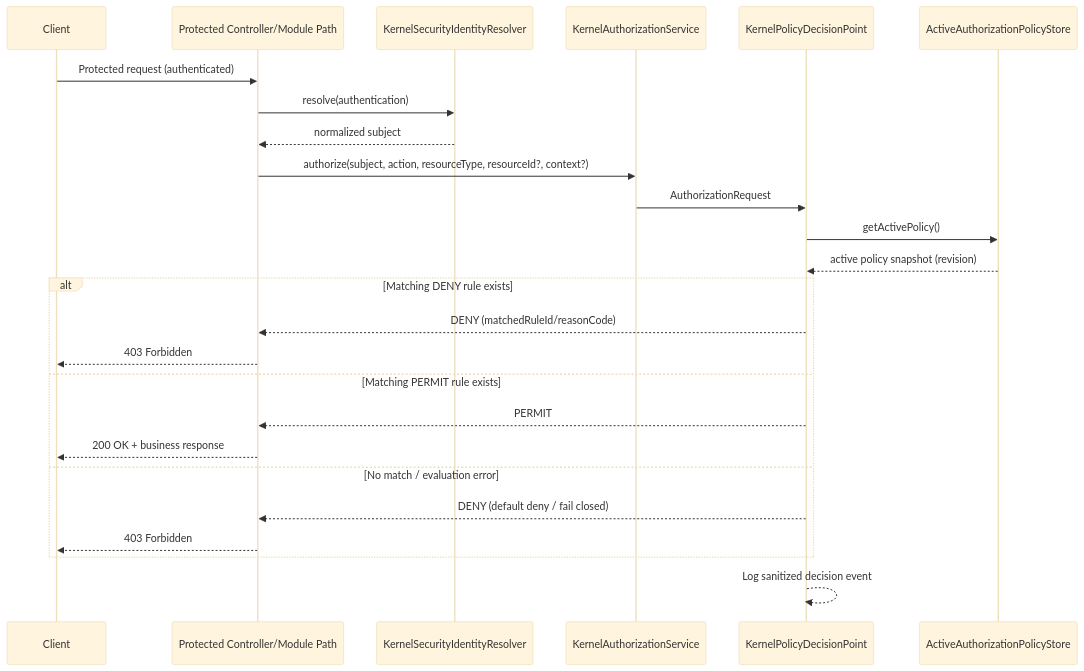
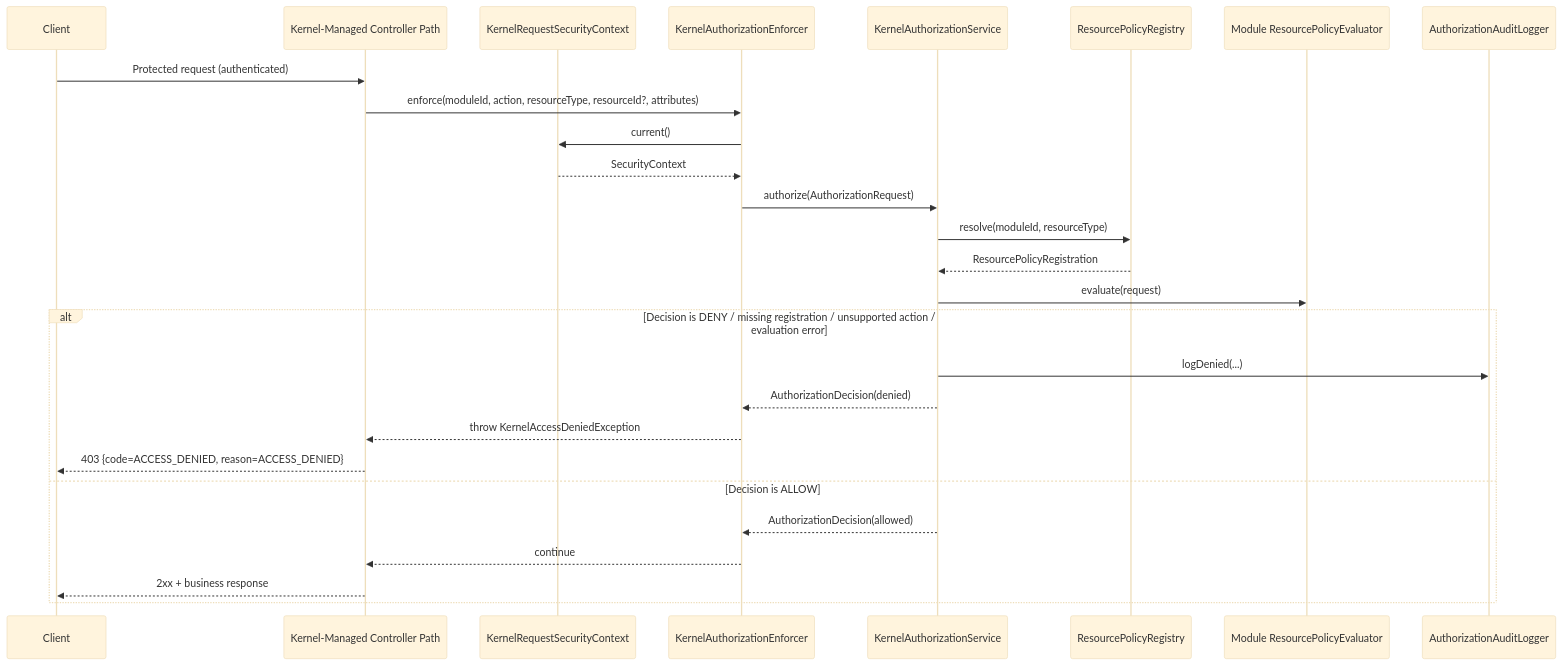
One commit to hniehus/govaryn-io changed the third of 3 diagrams in docs/architecture/06-runtime-view.md. Above: the diagram before and after it, drawn with Mermaid (base theme). The commit also changed other lines of this file and 54 other files, not shown here.

````diff
--- a/docs/architecture/06-runtime-view.md
+++ b/docs/architecture/06-runtime-view.md
@@ -70,28 +70,30 @@
 ```mermaid
 sequenceDiagram
     participant Client
-    participant Controller as Protected Controller/Module Path
-    participant Resolver as KernelSecurityIdentityResolver
-    participant Contract as KernelAuthorizationService
-    participant PDP as KernelPolicyDecisionPoint
-    participant Store as ActiveAuthorizationPolicyStore
+    participant Controller as Kernel-Managed Controller Path
+    participant ReqCtx as KernelRequestSecurityContext
+    participant Enforcer as KernelAuthorizationEnforcer
+    participant Service as KernelAuthorizationService
+    participant Registry as ResourcePolicyRegistry
+    participant Eval as Module ResourcePolicyEvaluator
+    participant Audit as AuthorizationAuditLogger
 
     Client->>Controller: Protected request (authenticated)
-    Controller->>Resolver: resolve(authentication)
-    Resolver-->>Controller: normalized subject
-    Controller->>Contract: authorize(subject, action, resourceType, resourceId?, context?)
-    Contract->>PDP: AuthorizationRequest
-    PDP->>Store: getActivePolicy()
-    Store-->>PDP: active policy snapshot (revision)
-    alt Matching DENY rule exists
-        PDP-->>Controller: DENY (matchedRuleId/reasonCode)
-        Controller-->>Client: 403 Forbidden
-    else Matching PERMIT rule exists
-        PDP-->>Controller: PERMIT
-        Controller-->>Client: 200 OK + business response
-    else No match / evaluation error
-        PDP-->>Controller: DENY (default deny / fail closed)
-        Controller-->>Client: 403 Forbidden
+    Controller->>Enforcer: enforce(moduleId, action, resourceType, resourceId?, attributes)
+    Enforcer->>ReqCtx: current()
+    ReqCtx-->>Enforcer: SecurityContext
+    Enforcer->>Service: authorize(AuthorizationRequest)
+    Service->>Registry: resolve(moduleId, resourceType)
+    Registry-->>Service: ResourcePolicyRegistration
+    Service->>Eval: evaluate(request)
+    alt Decision is DENY / missing registration / unsupported action / evaluation error
+        Service->>Audit: logDenied(...)
+        Service-->>Enforcer: AuthorizationDecision(denied)
+        Enforcer-->>Controller: throw KernelAccessDeniedException
+        Controller-->>Client: 403 {code=ACCESS_DENIED, reason=ACCESS_DENIED}
+    else Decision is ALLOW
+        Service-->>Enforcer: AuthorizationDecision(allowed)
+        Enforcer-->>Controller: continue
+        Controller-->>Client: 2xx + business response
     end
-    PDP-->>PDP: Log sanitized decision event
 ```
````
